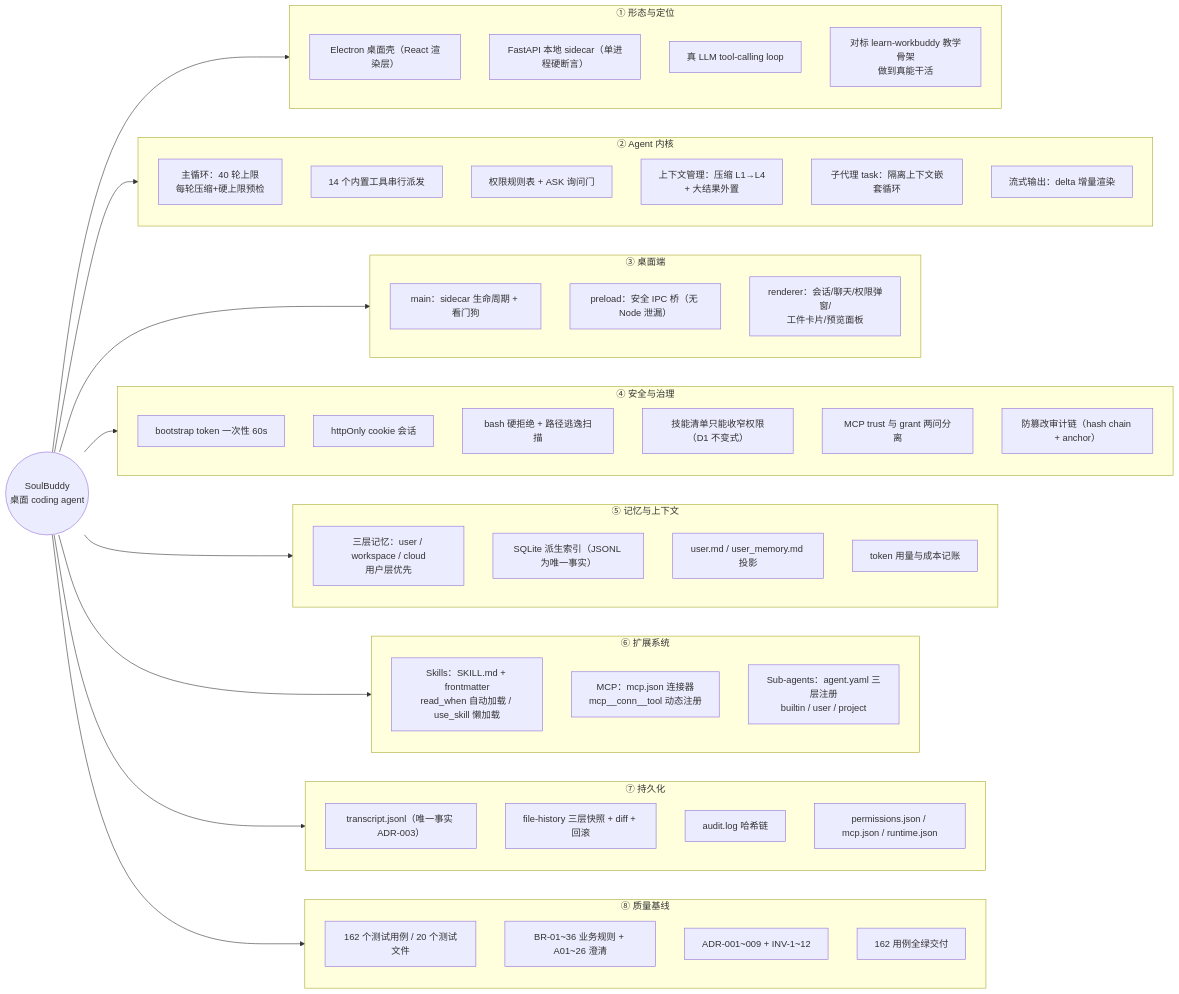
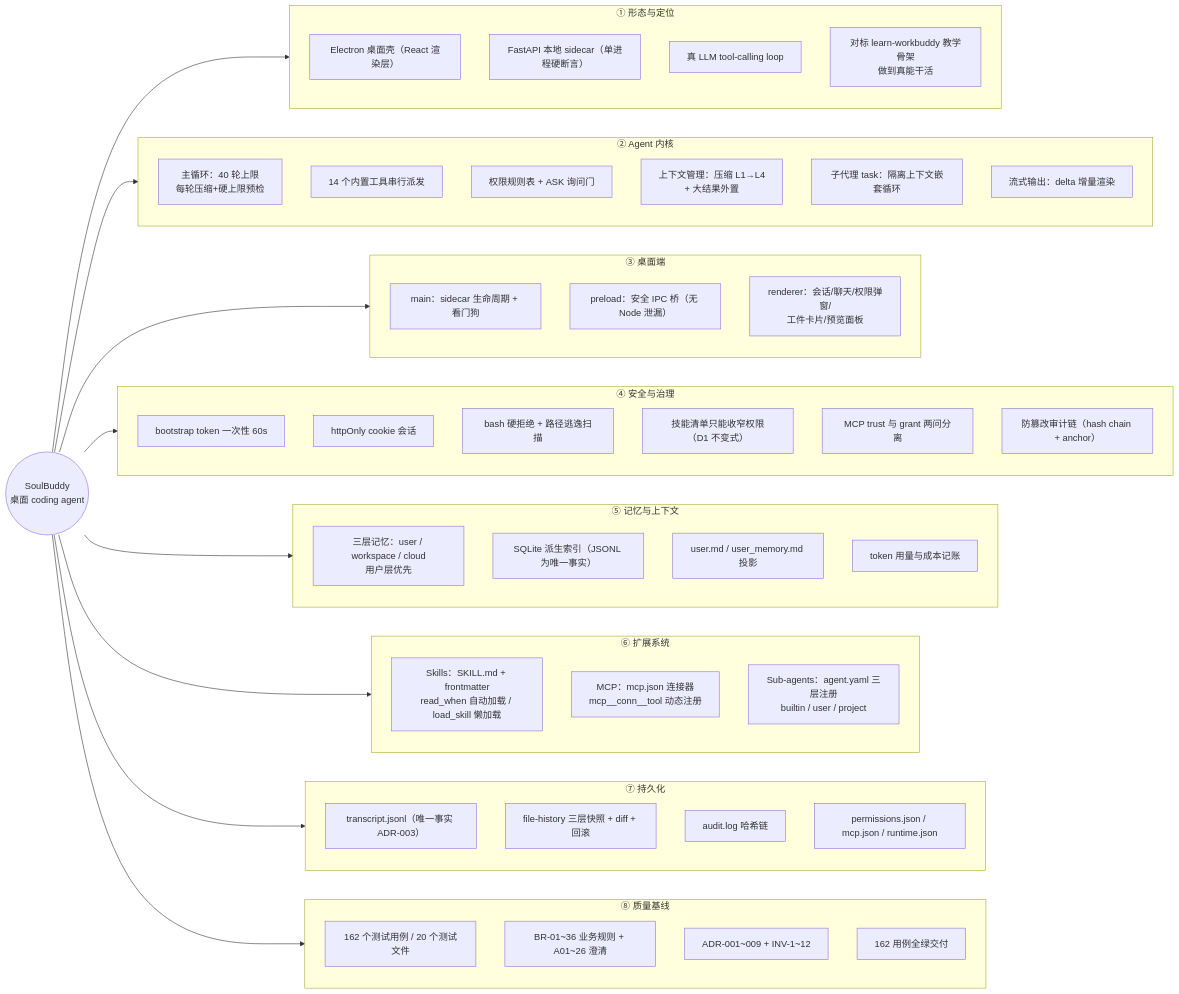
The first of 4 diagrams in docs/architecture-design/architecture-mindmap.md (andyxu1234/soul_buddy), drawn with Mermaid before and after one commit. The commit also changed 26 other files, not shown here.

Commit message:
refactor(skills): 重命名 use_skill 工具为 load_skill

````diff
--- a/docs/architecture-design/architecture-mindmap.md
+++ b/docs/architecture-design/architecture-mindmap.md
@@ -11,71 +11,71 @@
 ```mermaid
 flowchart LR
     ROOT(("SoulBuddy<br/>桌面 coding agent"))
 
     subgraph G1["① 形态与定位"]
         A1["Electron 桌面壳（React 渲染层）"]
         A2["FastAPI 本地 sidecar（单进程硬断言）"]
         A3["真 LLM tool-calling loop"]
         A4["对标 learn-workbuddy 教学骨架<br/>做到真能干活"]
     end
 
     subgraph G2["② Agent 内核"]
         B1["主循环：40 轮上限<br/>每轮压缩+硬上限预检"]
         B2["14 个内置工具串行派发"]
         B3["权限规则表 + ASK 询问门"]
         B4["上下文管理：压缩 L1→L4<br/>+ 大结果外置"]
         B5["子代理 task：隔离上下文嵌套循环"]
         B6["流式输出：delta 增量渲染"]
     end
 
     subgraph G3["③ 桌面端"]
         C1["main：sidecar 生命周期 + 看门狗"]
         C2["preload：安全 IPC 桥（无 Node 泄漏）"]
         C3["renderer：会话/聊天/权限弹窗/<br/>工件卡片/预览面板"]
     end
 
     subgraph G4["④ 安全与治理"]
         D1["bootstrap token 一次性 60s"]
         D2["httpOnly cookie 会话"]
         D3["bash 硬拒绝 + 路径逃逸扫描"]
         D4["技能清单只能收窄权限（D1 不变式）"]
         D5["MCP trust 与 grant 两问分离"]
         D6["防篡改审计链（hash chain + anchor）"]
     end
 
     subgraph G5["⑤ 记忆与上下文"]
         E1["三层记忆：user / workspace / cloud<br/>用户层优先"]
         E2["SQLite 派生索引（JSONL 为唯一事实）"]
         E3["user.md / user_memory.md 投影"]
         E4["token 用量与成本记账"]
     end
 
     subgraph G6["⑥ 扩展系统"]
-        F1["Skills：SKILL.md + frontmatter<br/>read_when 自动加载 / use_skill 懒加载"]
+        F1["Skills：SKILL.md + frontmatter<br/>read_when 自动加载 / load_skill 懒加载"]
         F2["MCP：mcp.json 连接器<br/>mcp__conn__tool 动态注册"]
         F3["Sub-agents：agent.yaml 三层注册<br/>builtin / user / project"]
     end
 
     subgraph G7["⑦ 持久化"]
         H1["transcript.jsonl（唯一事实 ADR-003）"]
         H2["file-history 三层快照 + diff + 回滚"]
         H3["audit.log 哈希链"]
         H4["permissions.json / mcp.json / runtime.json"]
     end
 
     subgraph G8["⑧ 质量基线"]
         I1["162 个测试用例 / 20 个测试文件"]
         I2["BR-01~36 业务规则 + A01~26 澄清"]
         I3["ADR-001~009 + INV-1~12"]
         I4["162 用例全绿交付"]
     end
 
     ROOT --> G1
     ROOT --> G2
     ROOT --> G3
     ROOT --> G4
     ROOT --> G5
     ROOT --> G6
     ROOT --> G7
     ROOT --> G8
 ```
````
